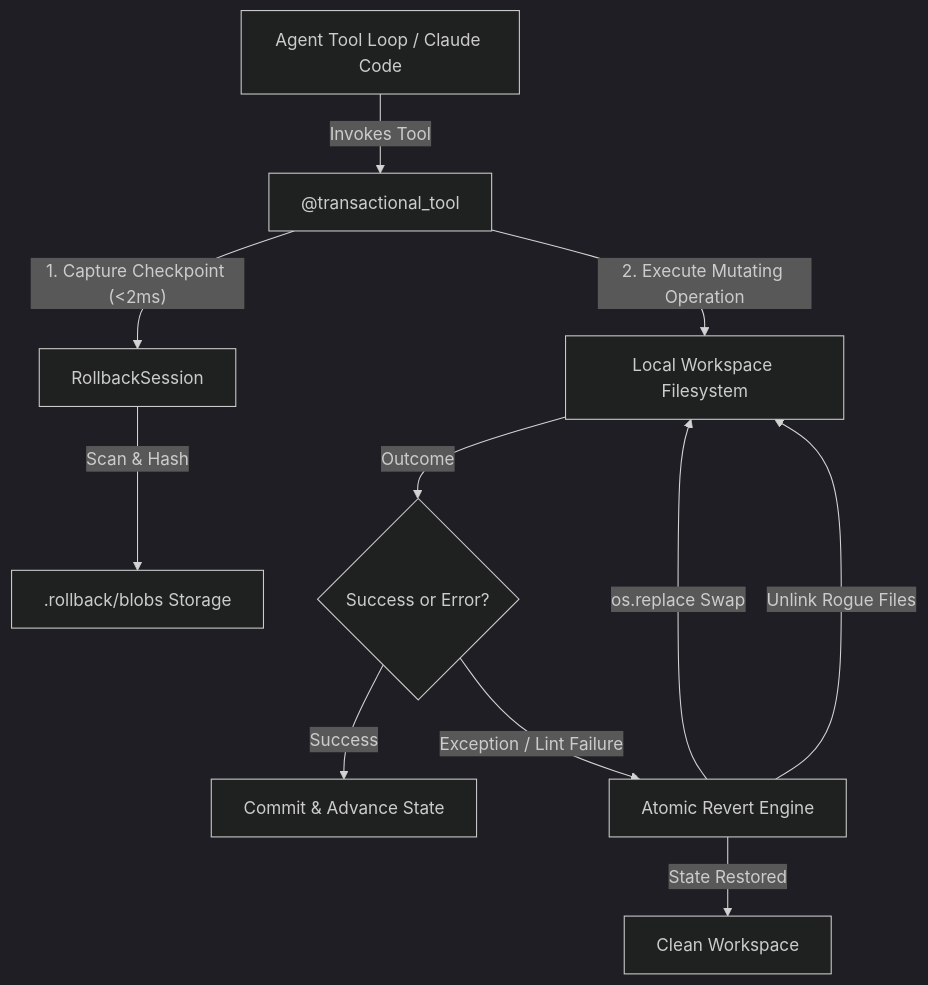
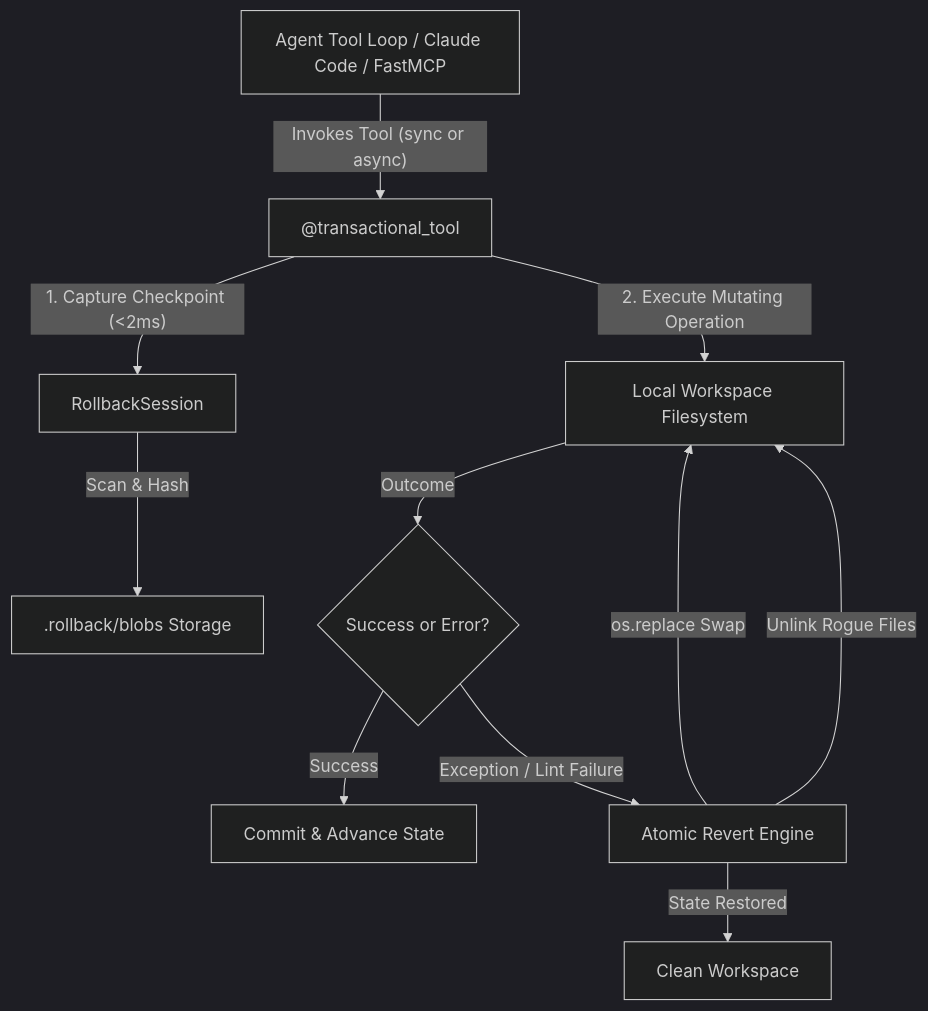
Before and after one commit to devsoniclk/rollback: the diagram in README.md, drawn with Mermaid (dark theme). The commit also changed other lines of this file and 10 other files, not shown here.

First line of the commit message:
feat: async agent tool decorators, tagging, and garbage collection v0.2.0

````diff
--- a/README.md
+++ b/README.md
@@ -39,13 +42,13 @@
 ```mermaid
 flowchart TD
-    A["Agent Tool Loop / Claude Code"] -->|"Invokes Tool"| B["@transactional_tool"]
+    A["Agent Tool Loop / Claude Code / FastMCP"] -->|"Invokes Tool (sync or async)"| B["@transactional_tool"]
     B -->|"1. Capture Checkpoint (<2ms)"| C["RollbackSession"]
     C -->|"Scan & Hash"| D[".rollback/blobs Storage"]
     B -->|"2. Execute Mutating Operation"| E["Local Workspace Filesystem"]
     E -->|"Outcome"| F{"Success or Error?"}
     F -->|"Success"| G["Commit & Advance State"]
     F -->|"Exception / Lint Failure"| H["Atomic Revert Engine"]
     H -->|"os.replace Swap"| E
     H -->|"Unlink Rogue Files"| E
     H -->|"State Restored"| I["Clean Workspace"]
 ```
````
